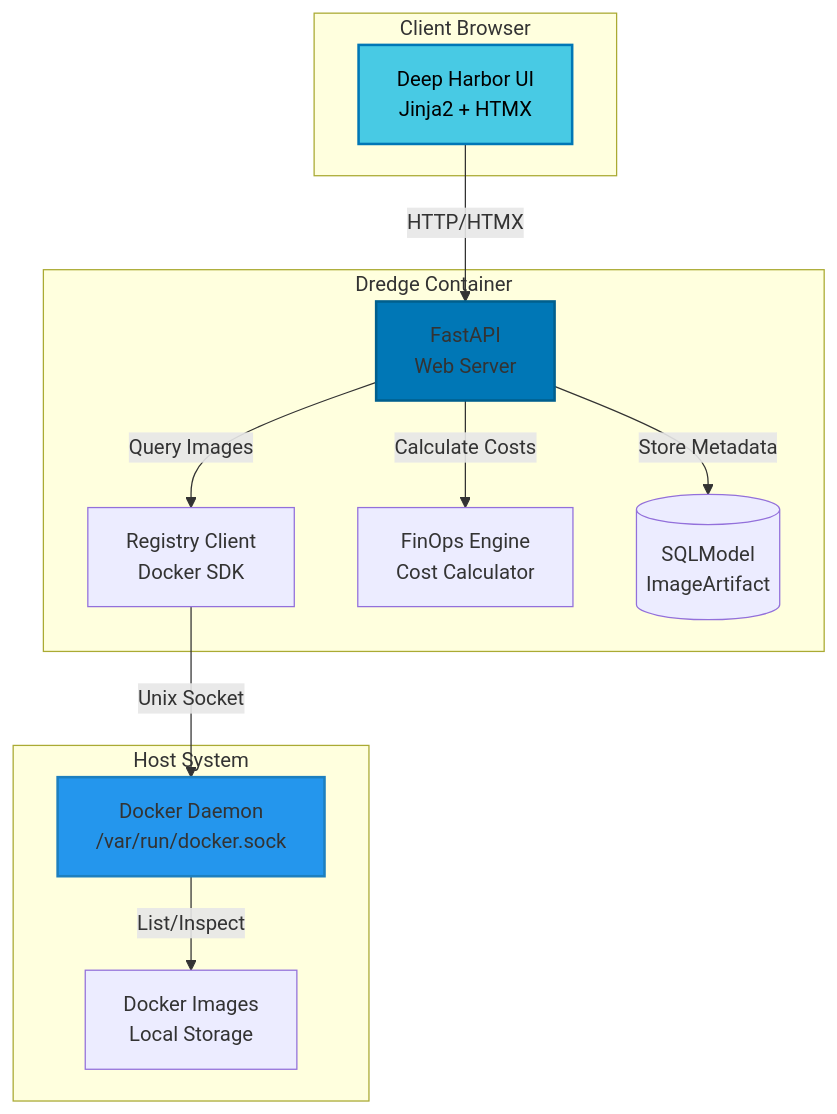
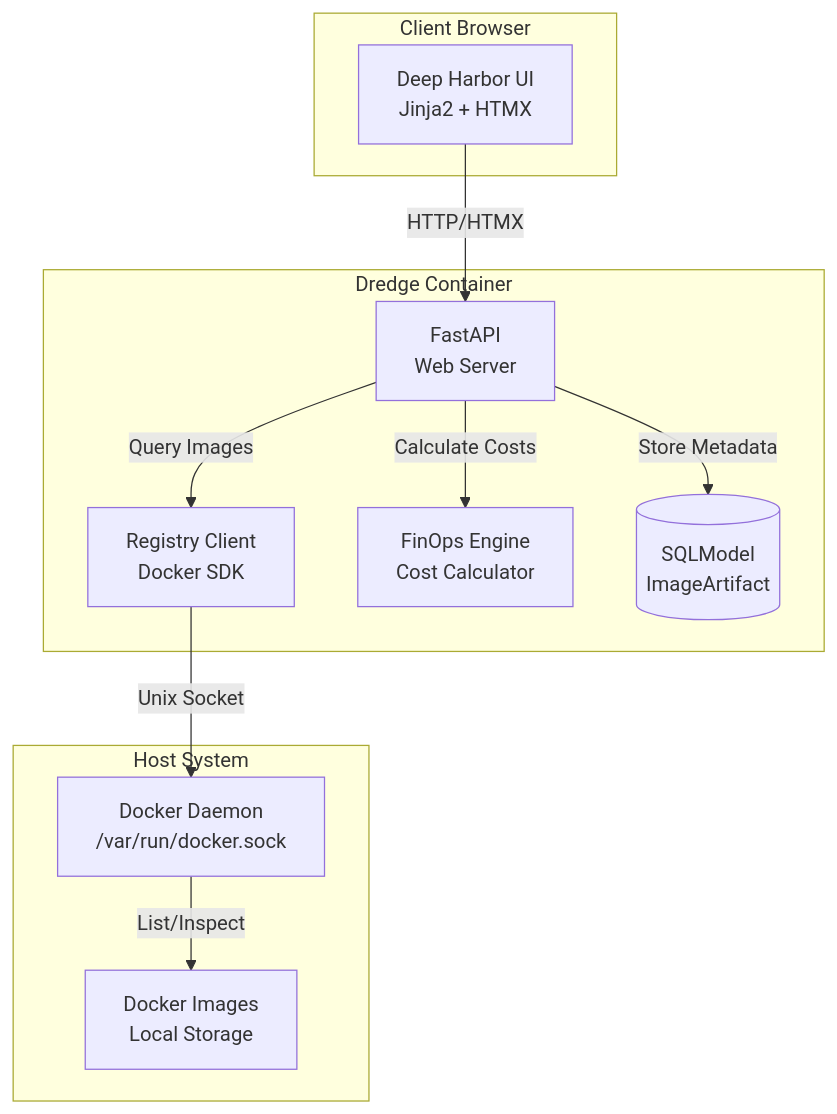
Before and after one commit to adam-benyekkou/Dredge: the first of 3 diagrams in README.md, drawn with Mermaid. The commit also changed other lines of this file and 1 other file, not shown here.

````diff
--- a/README.md
+++ b/README.md
@@ -84,29 +83,25 @@
 ```mermaid
 graph TB
     subgraph "Client Browser"
         UI[Deep Harbor UI<br/>Jinja2 + HTMX]
     end
     
     subgraph "Dredge Container"
         API[FastAPI<br/>Web Server]
         Registry[Registry Client<br/>Docker SDK]
         FinOps[FinOps Engine<br/>Cost Calculator]
         Models[(SQLModel<br/>ImageArtifact)]
     end
     
     subgraph "Host System"
         Docker[Docker Daemon<br/>/var/run/docker.sock]
         Images[Docker Images<br/>Local Storage]
     end
     
     UI -->|HTTP/HTMX| API
     API -->|Query Images| Registry
     API -->|Calculate Costs| FinOps
     Registry -->|Unix Socket| Docker
     Docker -->|List/Inspect| Images
     API -->|Store Metadata| Models
-    
-    style UI fill:#48CAE4,stroke:#0077B6,stroke-width:2px,color:#000
-    style API fill:#0077B6,stroke:#005F8D,stroke-width:2px
-    style Docker fill:#2496ED,stroke:#1D7FBF,stroke-width:2px
 ```
````
